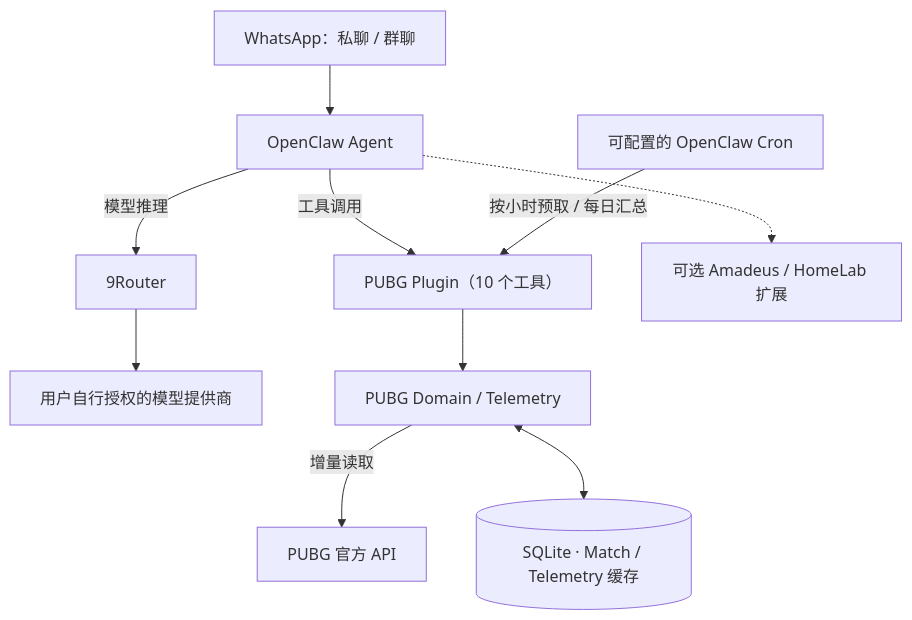
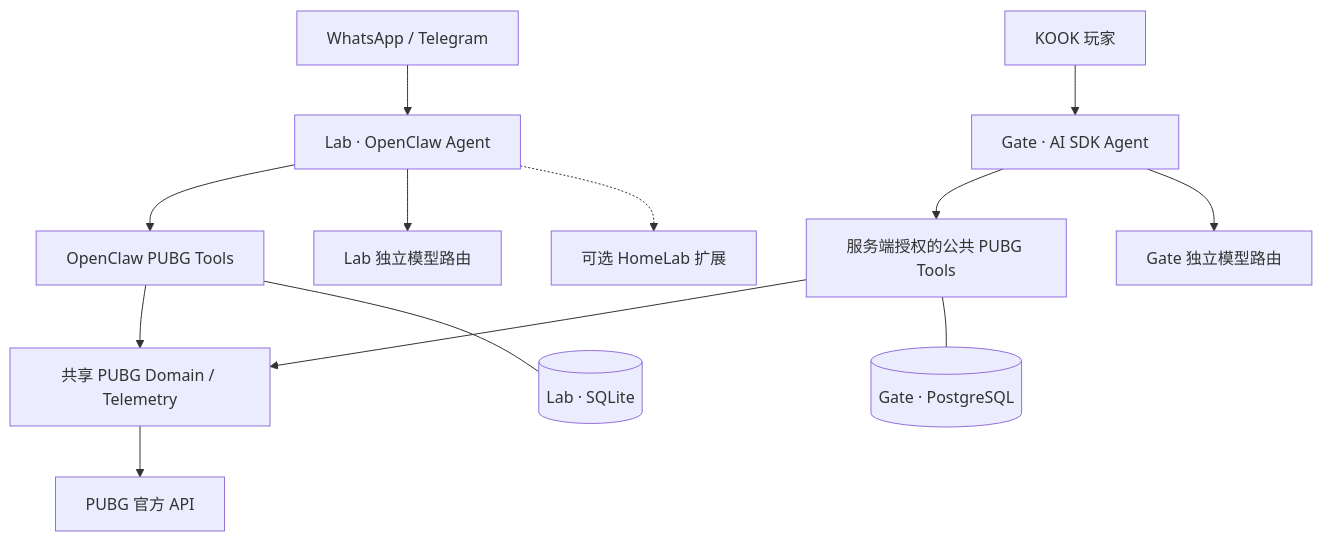
Before and after one commit to ChristmasFox/amadeus-home: the diagram in README.md, drawn with Mermaid. The commit also changed other lines of this file and 3 other files, not shown here.

Commit message:
docs: distinguish self-hosted Lab and team-service Gate

````diff
--- a/README.md
+++ b/README.md
@@ -97,12 +113,15 @@
 ```mermaid
 flowchart TB
-  W["WhatsApp：私聊 / 群聊"] --> O["OpenClaw Agent"]
-  O -->|"模型推理"| R["9Router"]
-  R --> M["用户自行授权的模型提供商"]
-  O -->|"工具调用"| P["PUBG Plugin（10 个工具）"]
-  P --> D["PUBG Domain / Telemetry"]
-  D -->|"增量读取"| A["PUBG 官方 API"]
-  D <--> DB[("SQLite · Match / Telemetry 缓存")]
-  C["可配置的 OpenClaw Cron"] -->|"按小时预取 / 每日汇总"| P
-  O -.-> X["可选 Amadeus / HomeLab 扩展"]
+  WA["WhatsApp / Telegram"] --> LAB["Lab · OpenClaw Agent"]
+  KO["KOOK 玩家"] --> GATE["Gate · AI SDK Agent"]
+  LAB --> LP["OpenClaw PUBG Tools"]
+  GATE --> GP["服务端授权的公共 PUBG Tools"]
+  LP --> DOMAIN["共享 PUBG Domain / Telemetry"]
+  GP --> DOMAIN
+  DOMAIN --> API["PUBG 官方 API"]
+  LP --- LDB[("Lab · SQLite")]
+  GP --- GDB[("Gate · PostgreSQL")]
+  LAB --> LMODEL["Lab 独立模型路由"]
+  GATE --> GMODEL["Gate 独立模型路由"]
+  LAB -.-> EXT["可选 HomeLab 扩展"]
 ```
````
